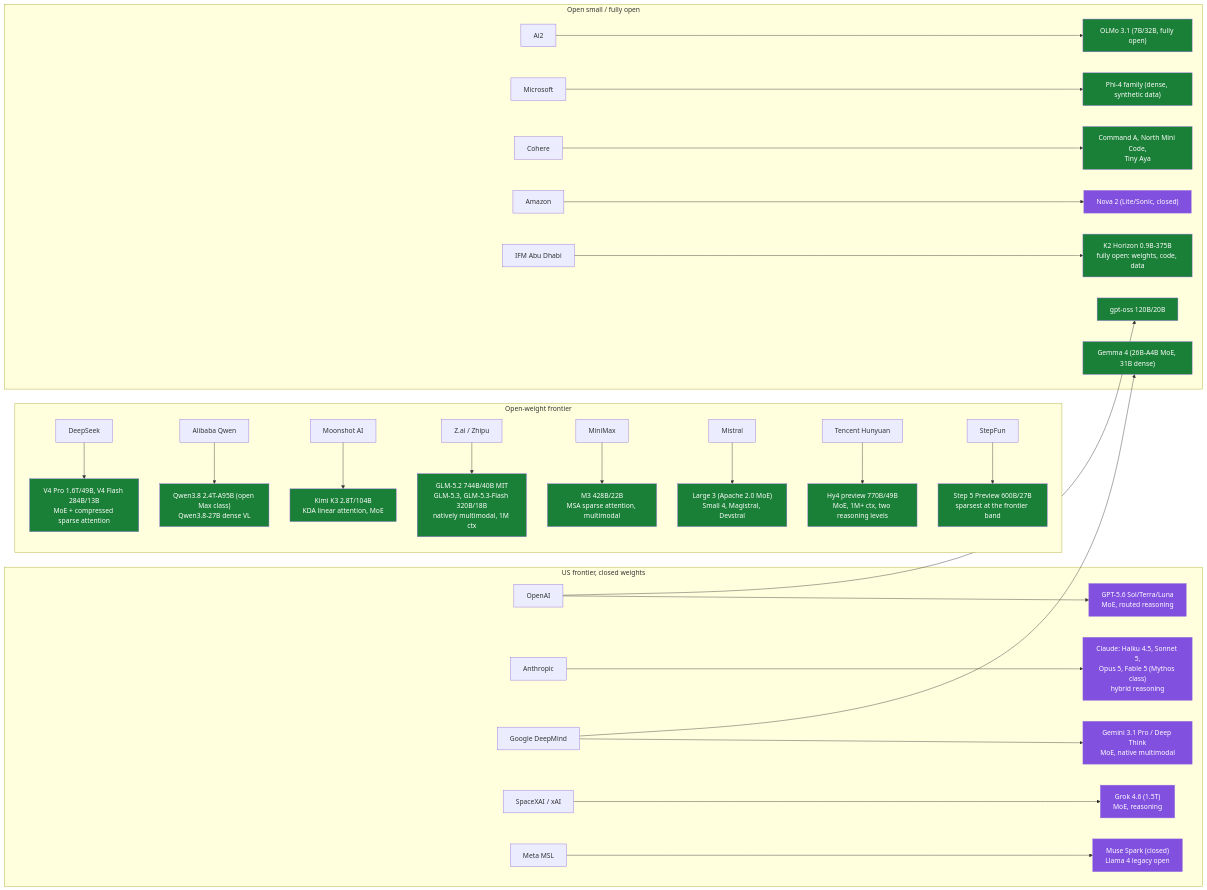
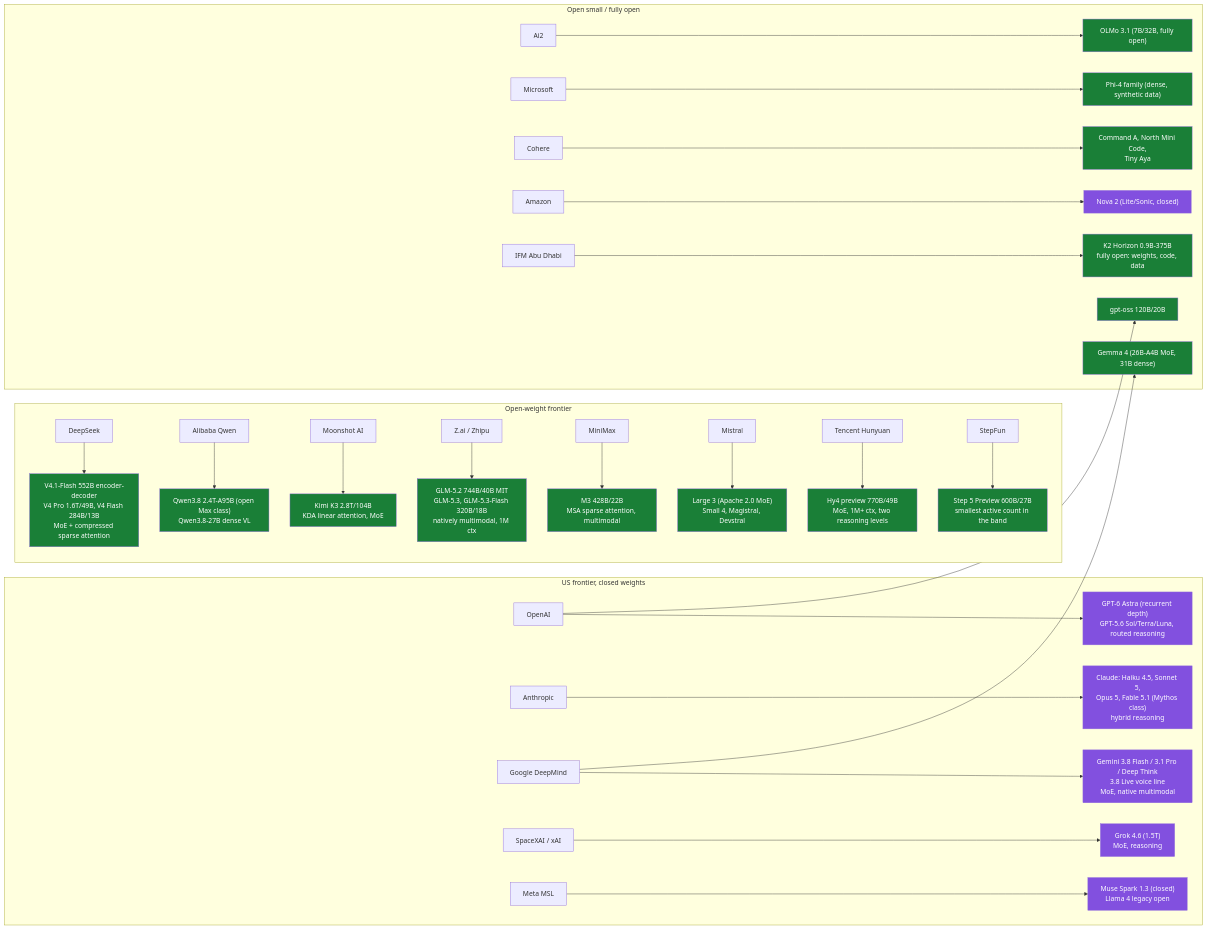
Before and after one commit to khalit7/technical_knowledge_base: the diagram in topics/llms/summary.md, drawn with Mermaid. The commit also changed other lines of this file and 173 other files, not shown here.

````diff
--- a/topics/llms/summary.md
+++ b/topics/llms/summary.md
@@ -13,34 +13,34 @@
 ```mermaid
 graph LR
     classDef open fill:#1a7f37,color:#fff
     classDef closed fill:#8250df,color:#fff
 
     subgraph US_closed["US frontier, closed weights"]
-        OAI[OpenAI] --> GPT["GPT-5.6 Sol/Terra/Luna<br/>MoE, routed reasoning"]:::closed
-        ANT[Anthropic] --> CLA["Claude: Haiku 4.5, Sonnet 5,<br/>Opus 5, Fable 5 (Mythos class)<br/>hybrid reasoning"]:::closed
-        GOO[Google DeepMind] --> GEM["Gemini 3.1 Pro / Deep Think<br/>MoE, native multimodal"]:::closed
+        OAI[OpenAI] --> GPT["GPT-6 Astra (recurrent depth)<br/>GPT-5.6 Sol/Terra/Luna, routed reasoning"]:::closed
+        ANT[Anthropic] --> CLA["Claude: Haiku 4.5, Sonnet 5,<br/>Opus 5, Fable 5.1 (Mythos class)<br/>hybrid reasoning"]:::closed
+        GOO[Google DeepMind] --> GEM["Gemini 3.8 Flash / 3.1 Pro / Deep Think<br/>3.8 Live voice line<br/>MoE, native multimodal"]:::closed
         XAI[SpaceXAI / xAI] --> GRK["Grok 4.6 (1.5T)<br/>MoE, reasoning"]:::closed
-        META[Meta MSL] --> MUSE["Muse Spark (closed)<br/>Llama 4 legacy open"]:::closed
+        META[Meta MSL] --> MUSE["Muse Spark 1.3 (closed)<br/>Llama 4 legacy open"]:::closed
     end
 
     subgraph Open_frontier["Open-weight frontier"]
-        DS[DeepSeek] --> V4["V4 Pro 1.6T/49B, V4 Flash 284B/13B<br/>MoE + compressed sparse attention"]:::open
+        DS[DeepSeek] --> V4["V4.1-Flash 552B encoder-decoder<br/>V4 Pro 1.6T/49B, V4 Flash 284B/13B<br/>MoE + compressed sparse attention"]:::open
         QW[Alibaba Qwen] --> Q38["Qwen3.8 2.4T-A95B (open Max class)<br/>Qwen3.8-27B dense VL"]:::open
         MK[Moonshot AI] --> K3["Kimi K3 2.8T/104B<br/>KDA linear attention, MoE"]:::open
         ZP[Z.ai / Zhipu] --> GLM["GLM-5.2 744B/40B MIT<br/>GLM-5.3, GLM-5.3-Flash 320B/18B<br/>natively multimodal, 1M ctx"]:::open
         MM[MiniMax] --> M3["M3 428B/22B<br/>MSA sparse attention, multimodal"]:::open
         MIS[Mistral] --> ML3["Large 3 (Apache 2.0 MoE)<br/>Small 4, Magistral, Devstral"]:::open
         TC[Tencent Hunyuan] --> HY4["Hy4 preview 770B/49B<br/>MoE, 1M+ ctx, two reasoning levels"]:::open
-        SF[StepFun] --> S5["Step 5 Preview 600B/27B<br/>sparsest at the frontier band"]:::open
+        SF[StepFun] --> S5["Step 5 Preview 600B/27B<br/>smallest active count in the band"]:::open
     end
 
     subgraph Open_research["Open small / fully open"]
         GOO --> GMA["Gemma 4 (26B-A4B MoE, 31B dense)"]:::open
         OAI --> OSS["gpt-oss 120B/20B"]:::open
         AI2[Ai2] --> OLMO["OLMo 3.1 (7B/32B, fully open)"]:::open
         MSFT[Microsoft] --> PHI["Phi-4 family (dense, synthetic data)"]:::open
         COH[Cohere] --> CMD["Command A, North Mini Code,<br/>Tiny Aya"]:::open
         AMZ[Amazon] --> NOVA["Nova 2 (Lite/Sonic, closed)"]:::closed
         IFM[IFM Abu Dhabi] --> K2H["K2 Horizon 0.9B-375B<br/>fully open: weights, code, data"]:::open
     end
 ```
````
